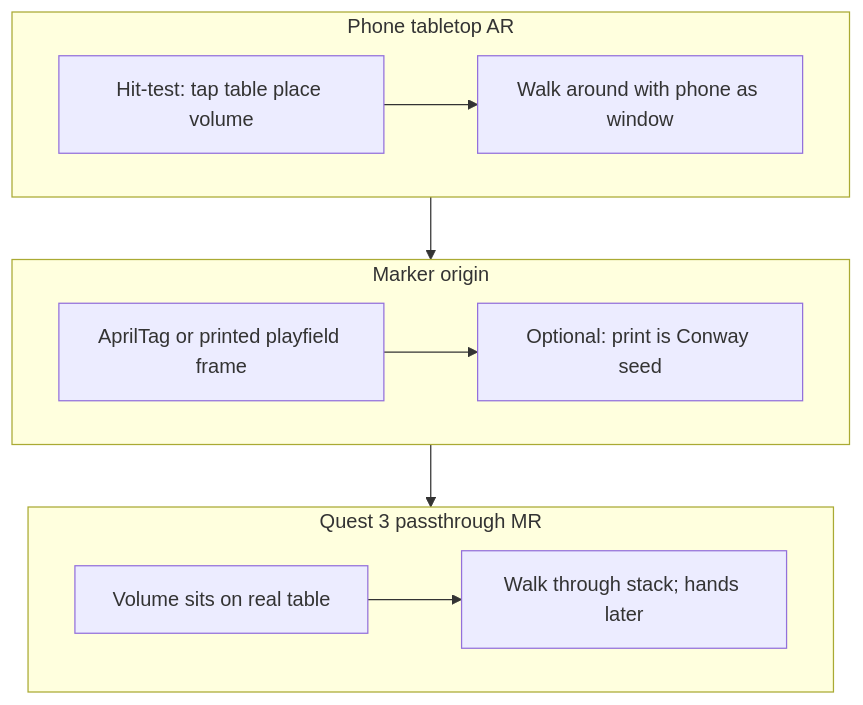
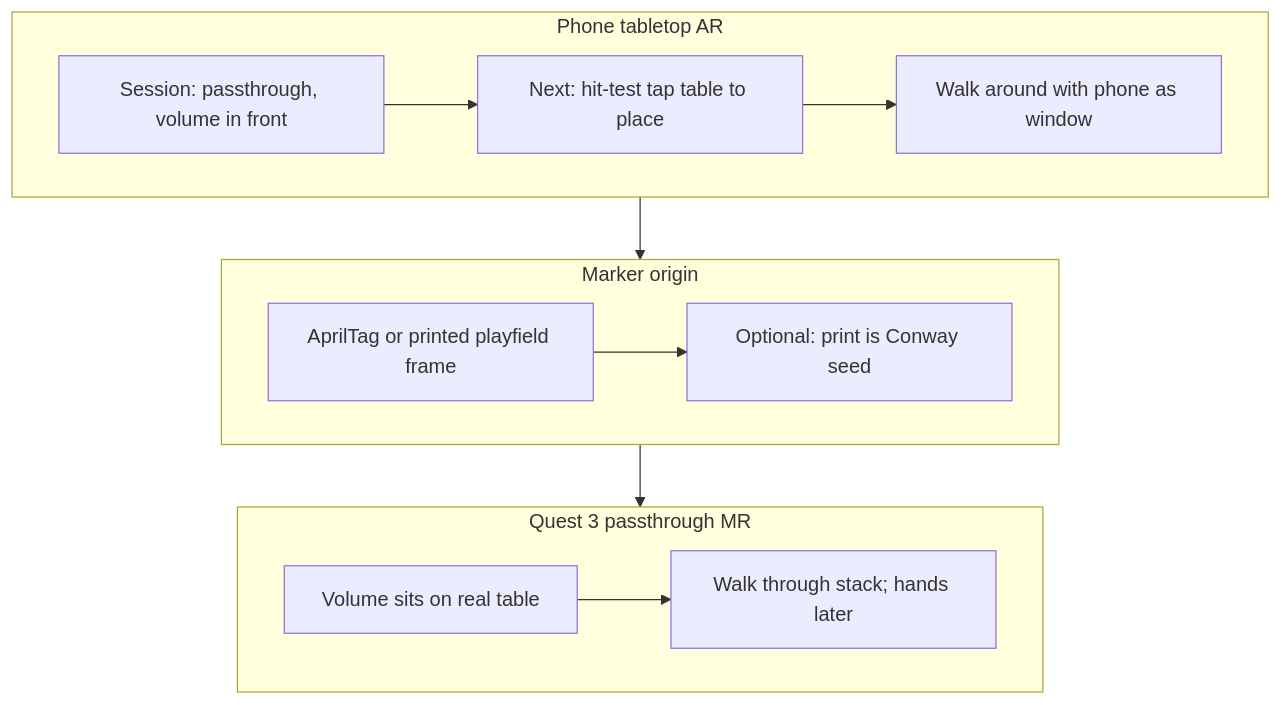
Diagram 18 of 18 in architecture.md (PiMaV/DONNER), drawn with Mermaid before and after one commit. The commit also changed other lines of this file and 25 other files, not shown here.

Commit message:
Add a count-stack source beside Conway so EVT cubes share the volume, and open XR-A passthrough so the same scene can sit on a table.

````diff
--- a/architecture.md
+++ b/architecture.md
@@ -588,20 +621,21 @@
 ```mermaid
 flowchart TB
   subgraph phone [Phone tabletop AR]
-    hit[Hit-test: tap table place volume]
+    sess[Session: passthrough, volume in front]
+    hit[Next: hit-test tap table to place]
     walk[Walk around with phone as window]
-    hit --> walk
+    sess --> hit --> walk
   end
   subgraph marker [Marker origin]
     tag[AprilTag or printed playfield frame]
     seed[Optional: print is Conway seed]
     tag --> seed
   end
   subgraph quest [Quest 3 passthrough MR]
     table[Volume sits on real table]
     explore[Walk through stack; hands later]
     table --> explore
   end
   phone --> marker
   marker --> quest
 ```
````
